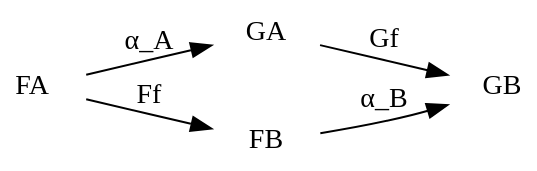
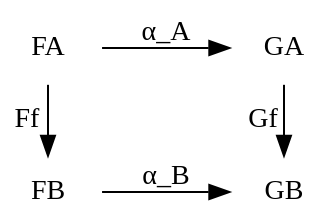
One commit to cympfh/cympfh.github.io changed the second of 3 diagrams in aiura/power-monad.md. Above: the diagram before and after it, drawn with Graphviz. The commit also changed other lines of this file and 3 other files, not shown here.

````diff
--- a/aiura/power-monad.md
+++ b/aiura/power-monad.md
@@ -124,11 +124,13 @@
 ```dot
 digraph {
     rankdir=LR;
     bgcolor=transparent;
     node [shape=plaintext];
     FA -> GA [label="α_A"];
     FB -> GB [label="α_B"];
     FA -> FB [label=Ff];
     GA -> GB [label=Gf];
+    {rank=same FA FB}
+    {rank=same GA GB}
 }
 ```
````
